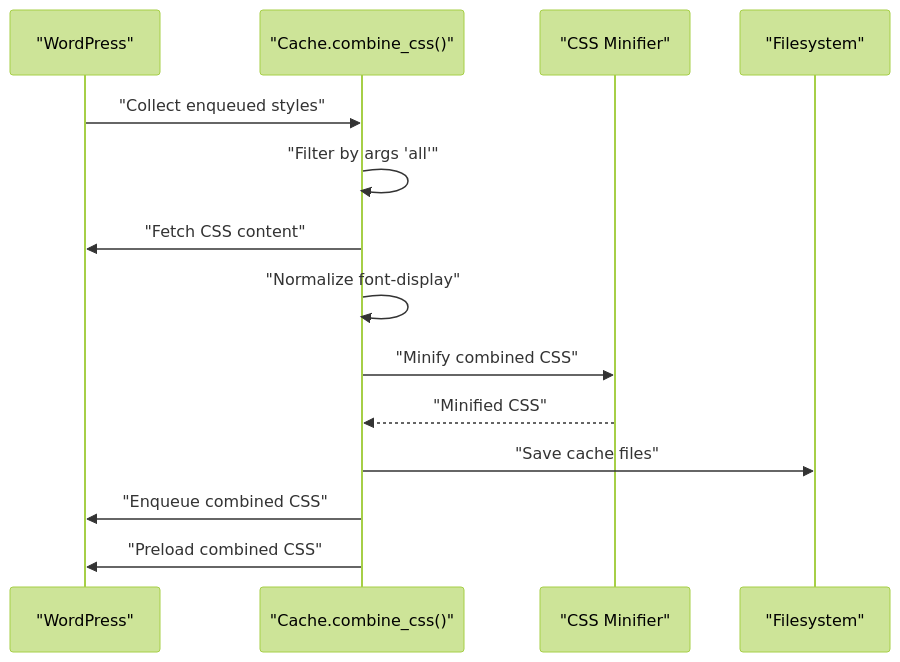
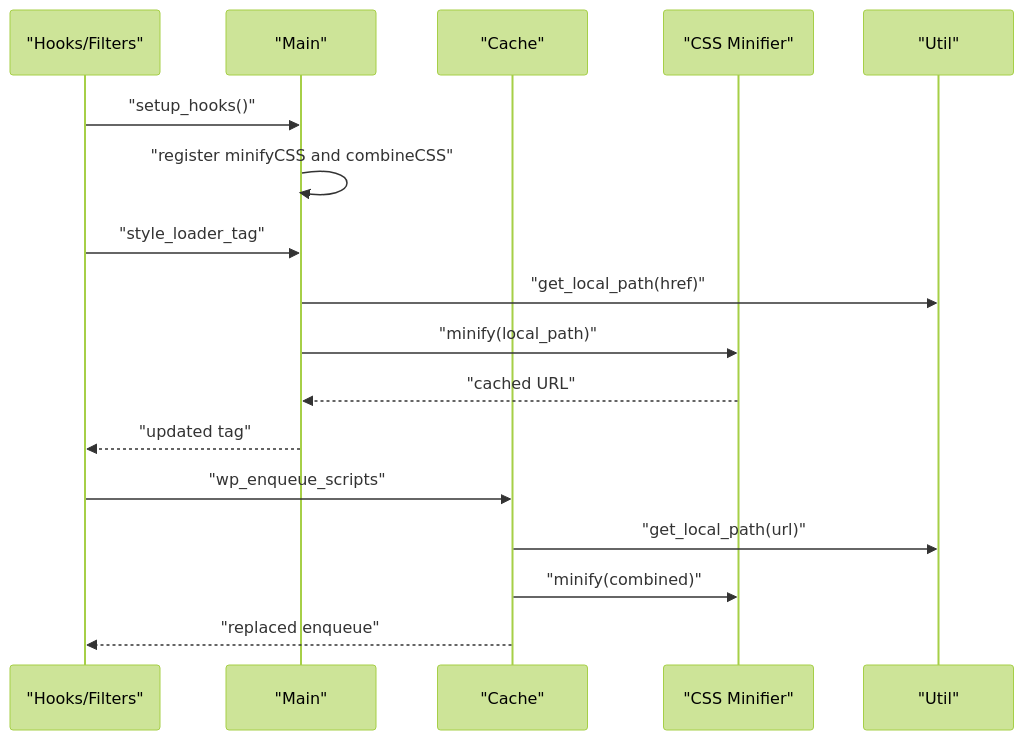
One commit to nilesh32236/performance-optimisation changed the fifth of 6 diagrams in .qoder/repowiki/en/content/Asset Optimization/CSS Optimization.md. Above: the diagram before and after it, drawn with Mermaid (forest theme). The commit also changed other lines of this file and 46 other files, not shown here.

````diff
--- a/.qoder/repowiki/en/content/Asset Optimization/CSS Optimization.md
+++ b/.qoder/repowiki/en/content/Asset Optimization/CSS Optimization.md
@@ -154,16 +205,19 @@
 ```mermaid
 sequenceDiagram
-participant WP as "WordPress"
-participant Cache as "Cache.combine_css()"
-participant CSSMin as "CSS Minifier"
-participant FS as "Filesystem"
-WP->>Cache : "Collect enqueued styles"
-Cache->>Cache : "Filter by args 'all'"
-Cache->>WP : "Fetch CSS content"
-Cache->>Cache : "Normalize font-display"
-Cache->>CSSMin : "Minify combined CSS"
-CSSMin-->>Cache : "Minified CSS"
-Cache->>FS : "Save cache files"
-Cache->>WP : "Enqueue combined CSS"
-Cache->>WP : "Preload combined CSS"
+participant Hooks as "Hooks/Filters"
+participant Main as "Main"
+participant Cache as "Cache"
+participant MinCSS as "CSS Minifier"
+participant Util as "Util"
+Hooks->>Main : "setup_hooks()"
+Main->>Main : "register minifyCSS and combineCSS"
+Hooks->>Main : "style_loader_tag"
+Main->>Util : "get_local_path(href)"
+Main->>MinCSS : "minify(local_path)"
+MinCSS-->>Main : "cached URL"
+Main-->>Hooks : "updated tag"
+Hooks->>Cache : "wp_enqueue_scripts"
+Cache->>Util : "get_local_path(url)"
+Cache->>MinCSS : "minify(combined)"
+Cache-->>Hooks : "replaced enqueue"
 ```
````
